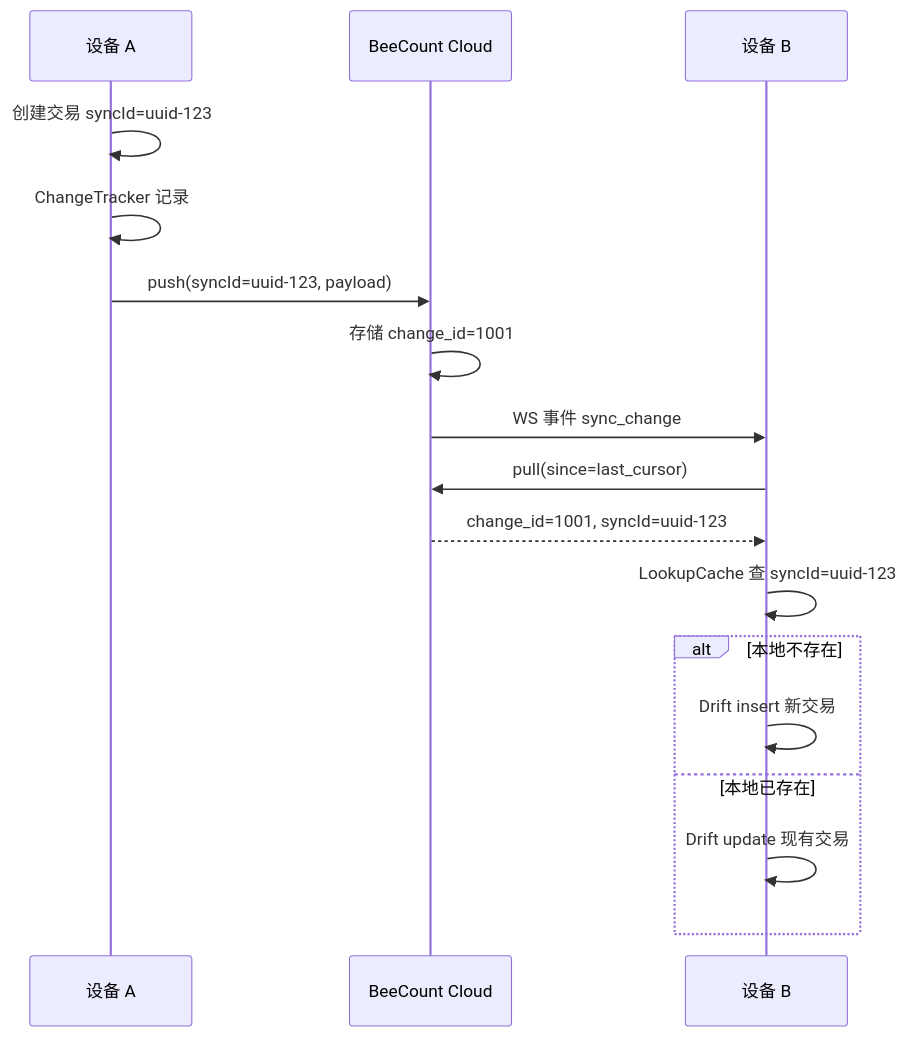
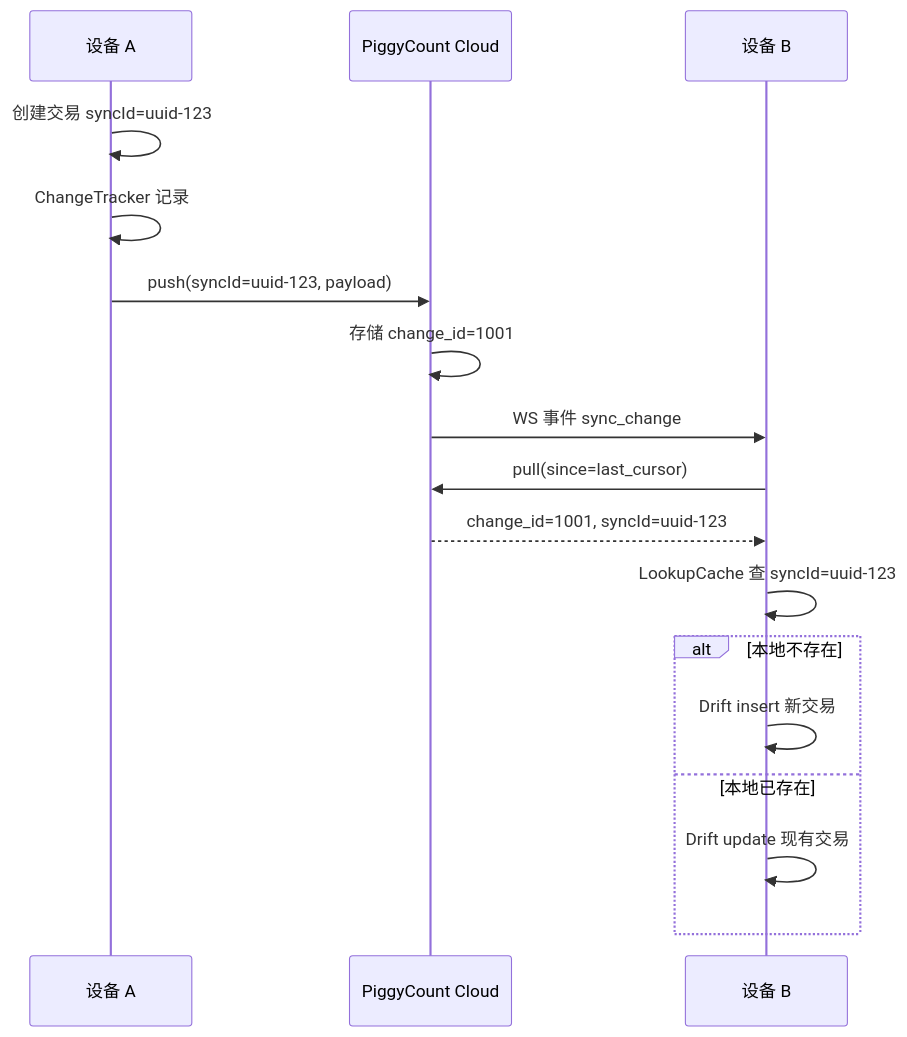
The fourth of 4 diagrams in docoments/02-glossary.md (mecoren/PiggyCount), drawn with Mermaid before and after one commit. The commit also changed other lines of this file and 91 other files, not shown here.

````diff
--- a/docoments/02-glossary.md
+++ b/docoments/02-glossary.md
@@ -263,20 +263,20 @@
 ```mermaid
 sequenceDiagram
     participant DeviceA as 设备 A
-    participant Server as BeeCount Cloud
+    participant Server as PiggyCount Cloud
     participant DeviceB as 设备 B
 
     DeviceA->>DeviceA: 创建交易 syncId=uuid-123
     DeviceA->>DeviceA: ChangeTracker 记录
     DeviceA->>Server: push(syncId=uuid-123, payload)
     Server->>Server: 存储 change_id=1001
     Server->>DeviceB: WS 事件 sync_change
     DeviceB->>Server: pull(since=last_cursor)
     Server-->>DeviceB: change_id=1001, syncId=uuid-123
     DeviceB->>DeviceB: LookupCache 查 syncId=uuid-123
     alt 本地不存在
         DeviceB->>DeviceB: Drift insert 新交易
     else 本地已存在
         DeviceB->>DeviceB: Drift update 现有交易
     end
 ```
````
